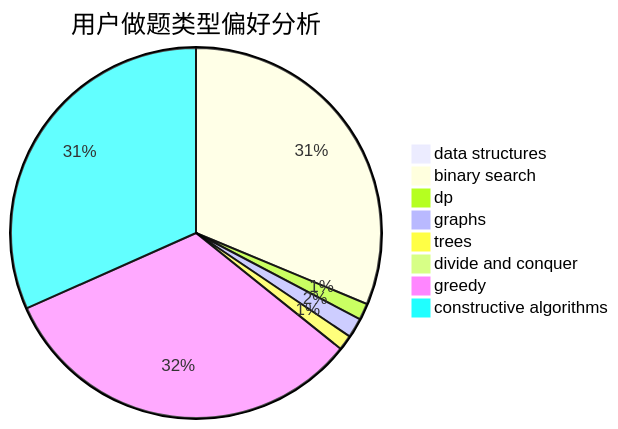
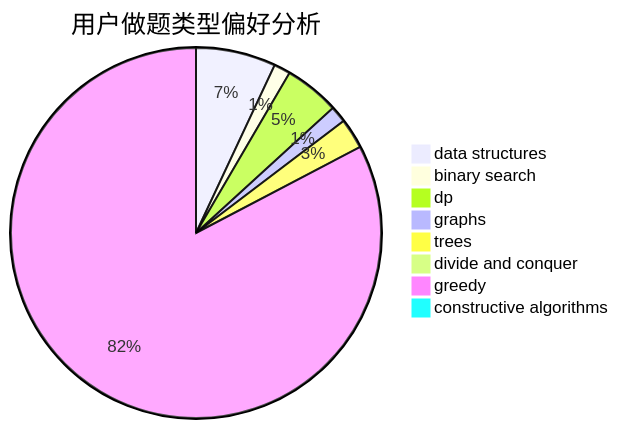
Before and after one commit to sherpahu/cfrs.github.io: the second of 3 diagrams in docs/user/u830.md, drawn with Mermaid. The commit also changed other lines of this file and 2770 other files, not shown here.

````diff
--- a/docs/user/u830.md
+++ b/docs/user/u830.md
@@ -23,11 +23,11 @@
 ```mermaid
 pie title 用户做题类型偏好分析
-    "data structures" :  4
-    "binary search" :  237
-    "dp" :  11
-    "graphs" :  13
-    "trees" :  10
-    "divide and conquer" :  5
-    "greedy" :  247
-    "constructive algorithms" :  240
+    "data structures" :  29
+    "binary search" :  6
+    "dp" :  20
+    "graphs" :  6
+    "trees" :  11
+    "divide and conquer" :  0
+    "greedy" :  344
+    "constructive algorithms" :  3
 ```
````
